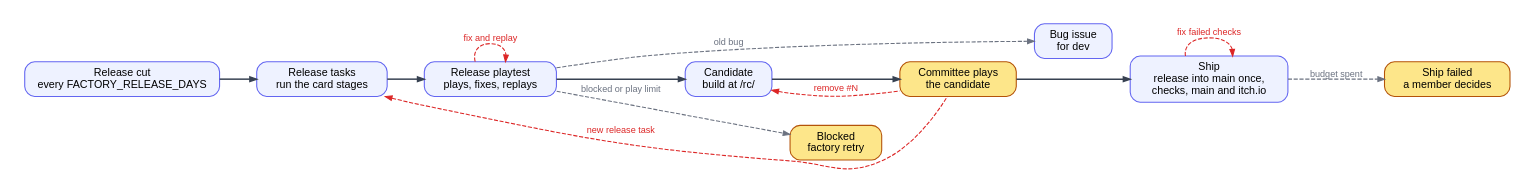
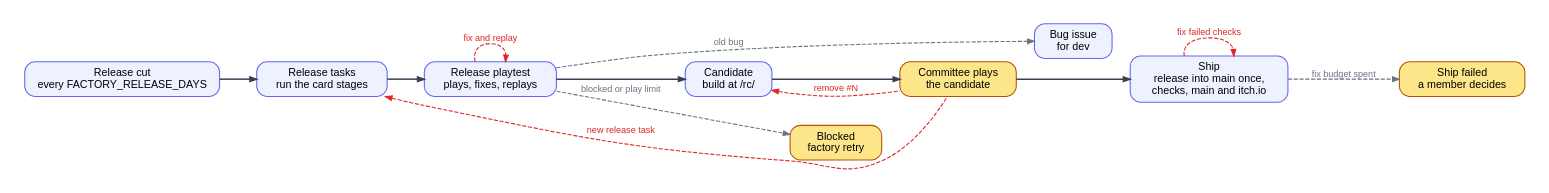
Before and after one commit to btseytlin/road-machiners: the diagram in factory/docs/diagrams/release.dot, drawn with Graphviz. The commit also changed 7 other files, not shown here.

Commit message:
Fix prompts run the exact failing test first and never take a hang as a pass; docs and diagrams say only fix rounds spend the merging budget

```diff
--- a/factory/docs/diagrams/release.dot
+++ b/factory/docs/diagrams/release.dot
@@ -1,20 +1,20 @@
 // Release. Black: normal path. Red: loops back. Grey: stops the flow. Yellow: waits for people.
 digraph release {
   rankdir=LR; nodesep=0.3; ranksep=0.6; bgcolor=white; pad=0.3;
   node [shape=box, style="rounded,filled", fillcolor="#eef2ff", color="#6366f1", fontname="Helvetica", fontsize=13, margin="0.2,0.1", penwidth=1.3, width=1.3];
   edge [color="#374151", penwidth=1.8, arrowsize=0.8, fontname="Helvetica", fontsize=11];
   C [label="Release cut\nevery FACTORY_RELEASE_DAYS"]; T [label="Release tasks\nrun the card stages"]; G [label="Release playtest\nplays, fixes, replays"]; B [label="Candidate\nbuild at /rc/"];
   P [label="Committee plays\nthe candidate", fillcolor="#fde68a", color="#b45309"]; S [label="Ship\nrelease into main once,\nchecks, main and itch.io"];
   BL [label="Blocked\nfactory retry", fillcolor="#fde68a", color="#b45309"]; D [label="Bug issue\nfor dev"]; SB [label="Ship failed\na member decides", fillcolor="#fde68a", color="#b45309"];
   C -> T -> G -> B -> P -> S [weight=100];
   edge [color="#dc2626", fontcolor="#dc2626", style=dashed, penwidth=1.3, dir=back, weight=0];
   T -> P [label="new release task"];
   B -> P [label="remove #N"];
   edge [color="#dc2626", fontcolor="#dc2626", style=dashed, penwidth=1.3, dir=forward, weight=0];
   G -> G [label="fix and replay"];
   S -> S [label="fix failed checks"];
   edge [color="#6b7280", fontcolor="#6b7280", style=dashed, penwidth=1.3, dir=forward, weight=0];
   G -> BL [label="blocked or play limit"];
   G -> D [label="old bug"];
-  S -> SB [label="budget spent"];
+  S -> SB [label="fix budget spent"];
 }
```
